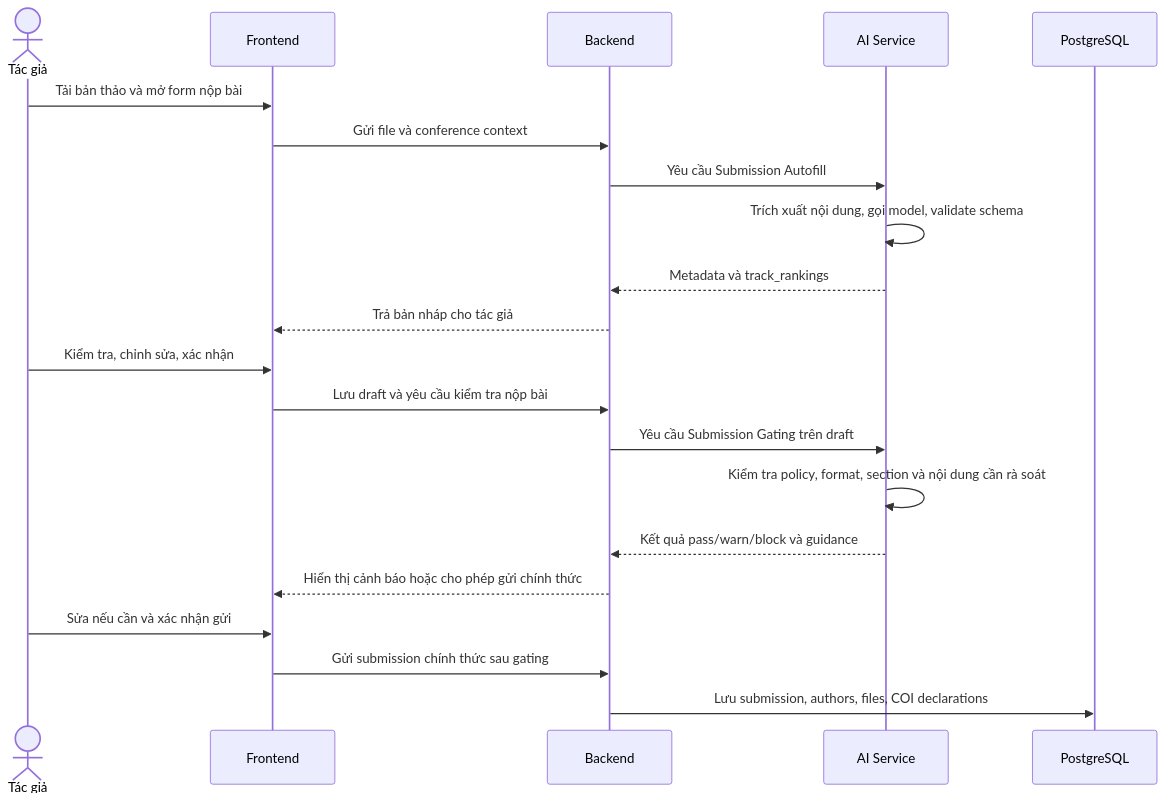
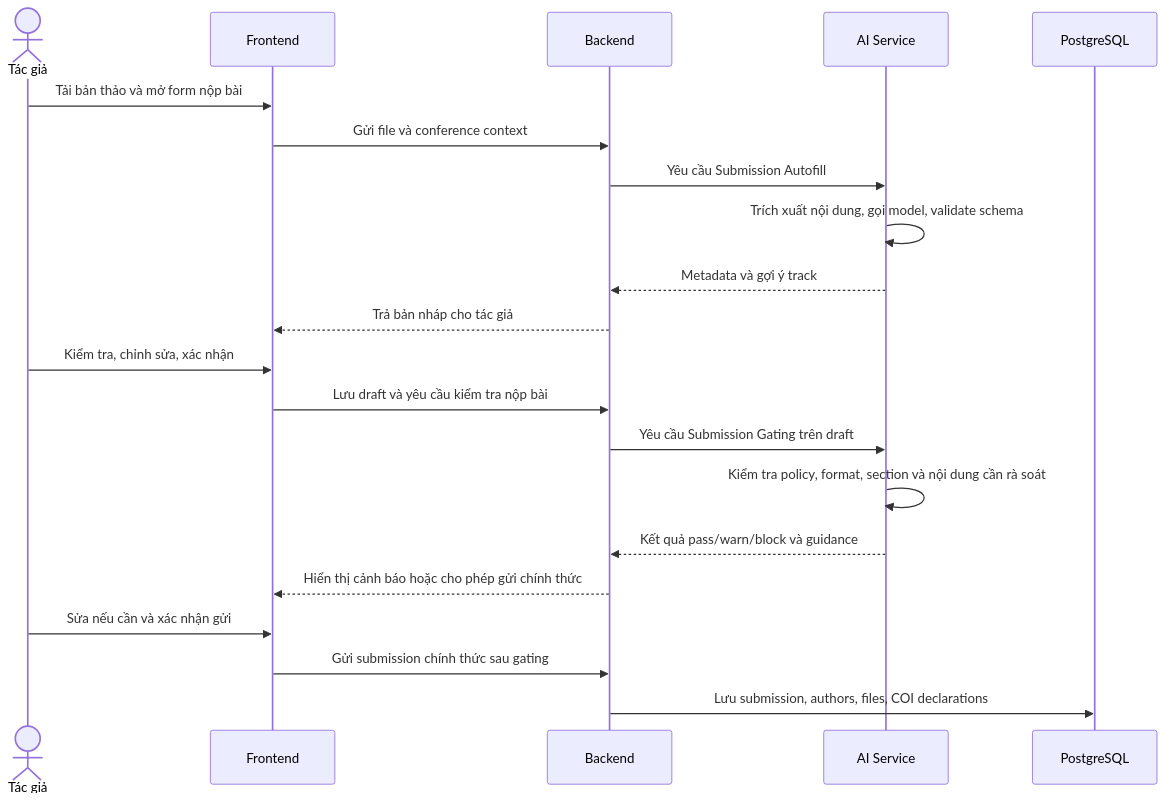
One commit to 5CLCsCan/ConferenceSpace changed diagram 13 of 19 in docs/report/compiled/final_combined/03-xay-dung-he-thong.md. Above: the diagram before and after it, drawn with Mermaid. The commit also changed other lines of this file and 3 other files, not shown here.

````diff
--- a/docs/report/compiled/final_combined/03-xay-dung-he-thong.md
+++ b/docs/report/compiled/final_combined/03-xay-dung-he-thong.md
@@ -393,24 +393,24 @@
 ```mermaid
 sequenceDiagram
     actor Author as Tác giả
     participant FE as Frontend
     participant BE as Backend
     participant AI as AI Service
     participant DB as PostgreSQL
 
     Author->>FE: Tải bản thảo và mở form nộp bài
     FE->>BE: Gửi file và conference context
     BE->>AI: Yêu cầu Submission Autofill
     AI->>AI: Trích xuất nội dung, gọi model, validate schema
-    AI-->>BE: Metadata và track_rankings
+    AI-->>BE: Metadata và gợi ý track
     BE-->>FE: Trả bản nháp cho tác giả
     Author->>FE: Kiểm tra, chỉnh sửa, xác nhận
     FE->>BE: Lưu draft và yêu cầu kiểm tra nộp bài
     BE->>AI: Yêu cầu Submission Gating trên draft
     AI->>AI: Kiểm tra policy, format, section và nội dung cần rà soát
     AI-->>BE: Kết quả pass/warn/block và guidance
     BE-->>FE: Hiển thị cảnh báo hoặc cho phép gửi chính thức
     Author->>FE: Sửa nếu cần và xác nhận gửi
     FE->>BE: Gửi submission chính thức sau gating
     BE->>DB: Lưu submission, authors, files, COI declarations
 ```
````
